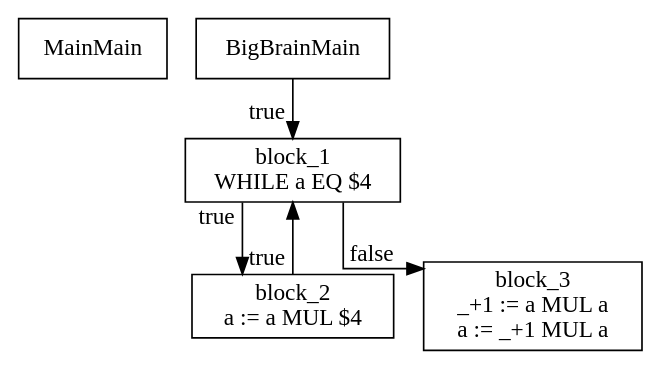
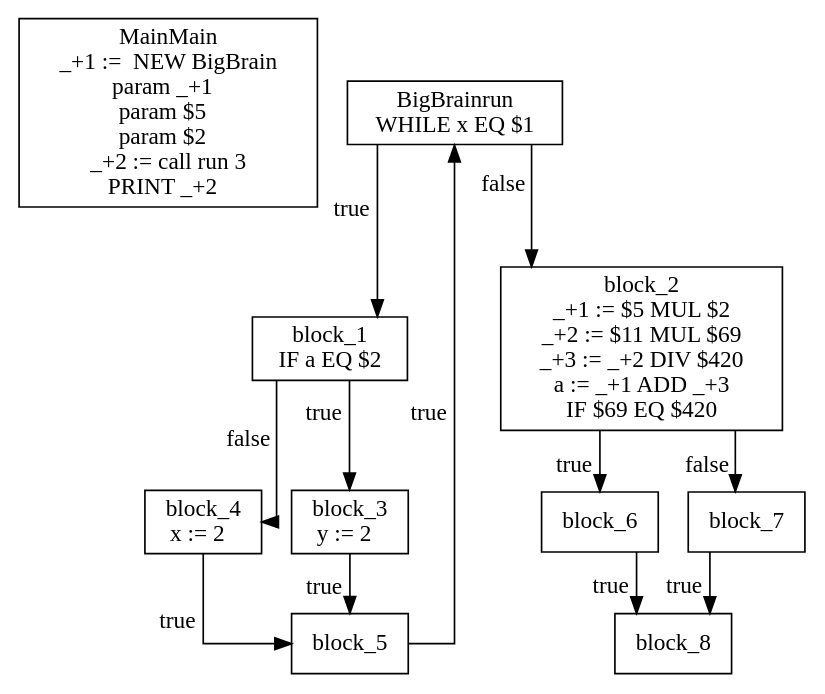
One commit to AvanaPY/DV1655_Lab1 changed the diagram in dot.dot. Above: the diagram before and after it, drawn with Graphviz. The commit also changed 14 other files, not shown here.

```diff
--- a/dot.dot
+++ b/dot.dot
@@ -1,13 +1,25 @@
 digraph {
   graph [splines=ortho]
   node [shape=box]
-  MainMain [label="MainMain\n"];
-  BigBrainMain [label="BigBrainMain\n"];
-  BigBrainMain -> block_1[xlabel="true"];
-  block_1 [label="block_1\nWHILE a EQ $4\n"];
-  block_1 -> block_2[xlabel="true"];
-  block_2 [label="block_2\na := a MUL $4\n"];
-  block_2 -> block_1[xlabel="true"];
-  block_1 -> block_3[xlabel="false"];
-  block_3 [label="block_3\n_+1 := a MUL a\na := _+1 MUL a\n"];
+  MainMain [label="MainMain\n_+1 :=  NEW BigBrain\nparam _+1  \nparam $5  \nparam $2  \n_+2 := call run 3\nPRINT _+2  \n"];
+  BigBrainrun [label="BigBrainrun\nWHILE x EQ $1\n"];
+  BigBrainrun -> block_1[xlabel="true"];
+  block_1 [label="block_1\nIF a EQ $2\n"];
+  block_1 -> block_3[xlabel="true"];
+  block_3 [label="block_3\ny := 2  \n"];
+  block_3 -> block_5[xlabel="true"];
+  block_5 [label="block_5\n"];
+  block_5 -> BigBrainrun[xlabel="true"];
+  block_1 -> block_4[xlabel="false"];
+  block_4 [label="block_4\nx := 2  \n"];
+  block_4 -> block_5[xlabel="true"];
+  BigBrainrun -> block_2[xlabel="false"];
+  block_2 [label="block_2\n_+1 := $5 MUL $2\n_+2 := $11 MUL $69\n_+3 := _+2 DIV $420\na := _+1 ADD _+3\nIF $69 EQ $420\n"];
+  block_2 -> block_6[xlabel="true"];
+  block_6 [label="block_6\n"];
+  block_6 -> block_8[xlabel="true"];
+  block_8 [label="block_8\n"];
+  block_2 -> block_7[xlabel="false"];
+  block_7 [label="block_7\n"];
+  block_7 -> block_8[xlabel="true"];
 }
```
